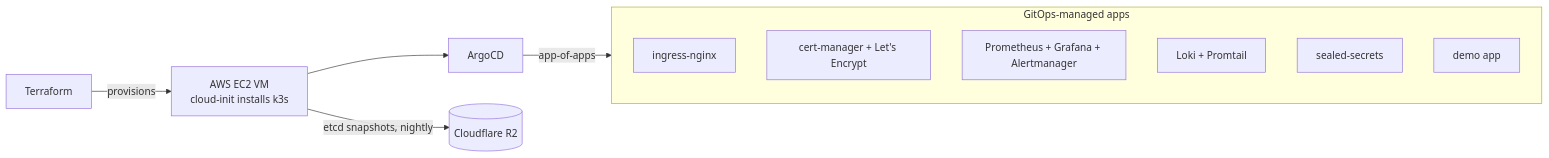
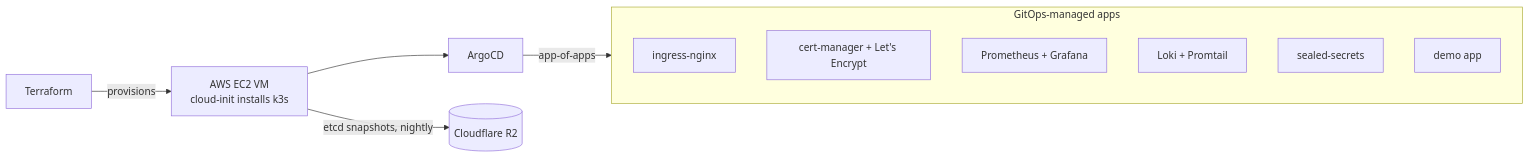
Before and after one commit to Mesharimd/production-cluster-in-a-box: the diagram in README.md, drawn with Mermaid. The commit also changed other lines of this file and 3 other files, not shown here.

````diff
--- a/README.md
+++ b/README.md
@@ -15,15 +15,15 @@
 ```mermaid
 flowchart LR
     TF[Terraform] -->|provisions| VM[AWS EC2 VM<br/>cloud-init installs k3s]
     VM --> ARGO[ArgoCD]
     ARGO -->|app-of-apps| APPS
     subgraph APPS[GitOps-managed apps]
       ING[ingress-nginx]
       CERT[cert-manager + Let's Encrypt]
-      MON[Prometheus + Grafana + Alertmanager]
+      MON[Prometheus + Grafana]
       LOKI[Loki + Promtail]
       SEAL[sealed-secrets]
       DEMO[demo app]
     end
     VM -->|etcd snapshots, nightly| R2[(Cloudflare R2)]
 ```
````
